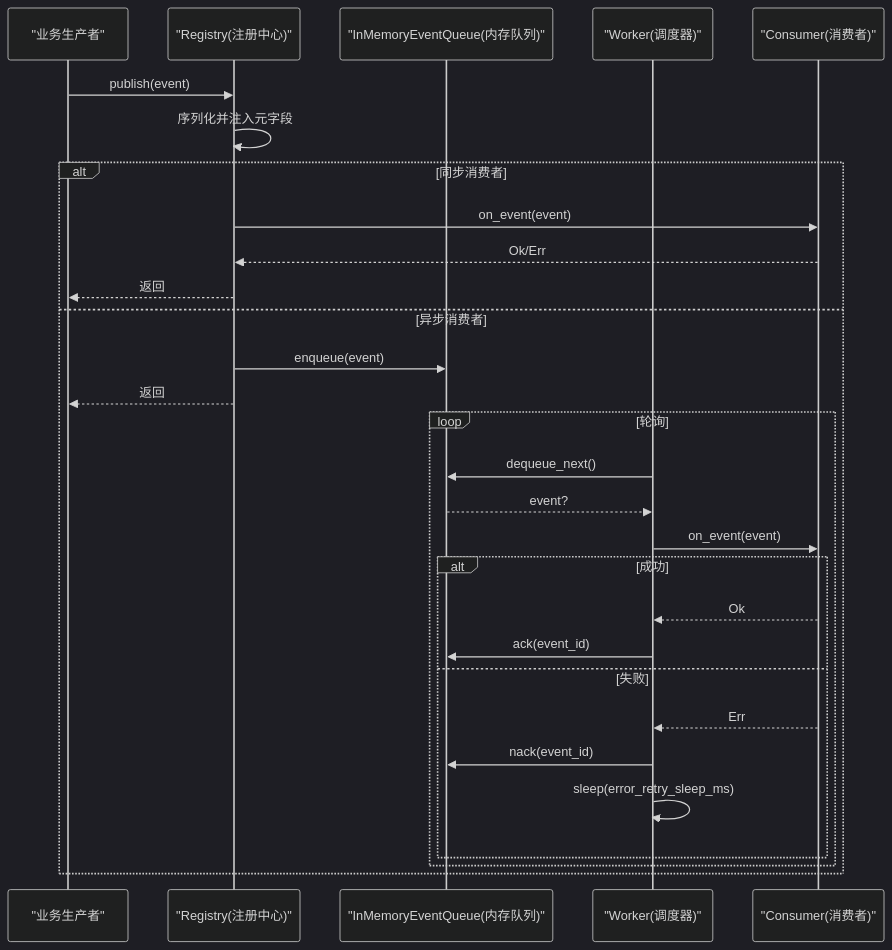
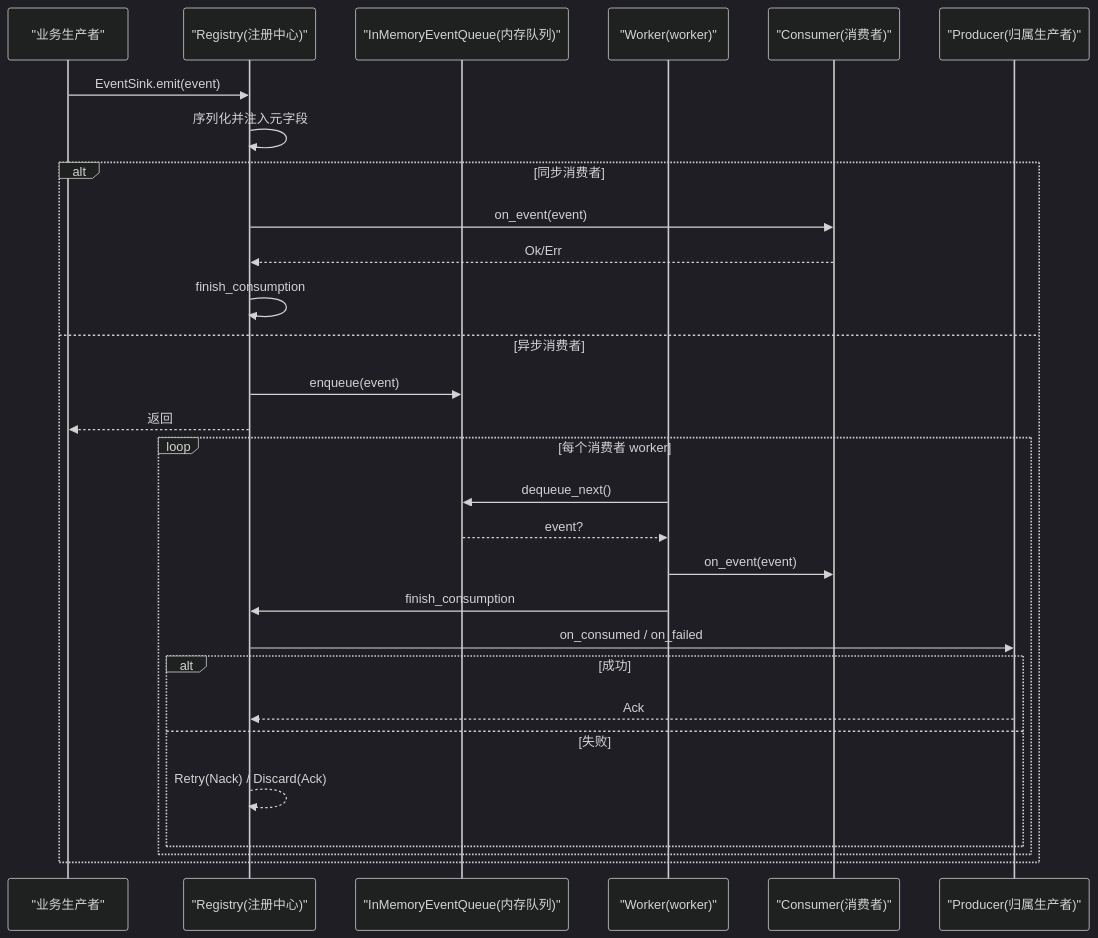
The second of 7 diagrams in docs/wiki/zh/content/基础设施/AOP 事件系统/AOP 事件系统.md (runningcoders/ai_orz), drawn with Mermaid (dark theme) before and after one commit. The commit also changed other lines of this file and 37 other files, not shown here.

````diff
--- a/docs/wiki/zh/content/基础设施/AOP 事件系统/AOP 事件系统.md
+++ b/docs/wiki/zh/content/基础设施/AOP 事件系统/AOP 事件系统.md
@@ -148,31 +148,31 @@
 ```mermaid
 sequenceDiagram
 participant P as "业务生产者"
 participant R as "Registry(注册中心)"
 participant Q as "InMemoryEventQueue(内存队列)"
-participant W as "Worker(调度器)"
+participant W as "Worker(worker)"
 participant C as "Consumer(消费者)"
-P->>R : publish(event)
+participant PR as "Producer(归属生产者)"
+P->>R : EventSink.emit(event)
 R->>R : 序列化并注入元字段
 alt 同步消费者
 R->>C : on_event(event)
 C-->>R : Ok/Err
-R-->>P : 返回
+R->>R : finish_consumption
 else 异步消费者
 R->>Q : enqueue(event)
 R-->>P : 返回
-loop 轮询
+loop 每个消费者 worker
 W->>Q : dequeue_next()
 Q-->>W : event?
 W->>C : on_event(event)
+W->>R : finish_consumption
+R->>PR : on_consumed / on_failed
 alt 成功
-C-->>W : Ok
-W->>Q : ack(event_id)
+PR-->>R : Ack
 else 失败
-C-->>W : Err
-W->>Q : nack(event_id)
-W->>W : sleep(error_retry_sleep_ms)
+R-->>R : Retry(Nack) / Discard(Ack)
 end
 end
 end
 ```
````
